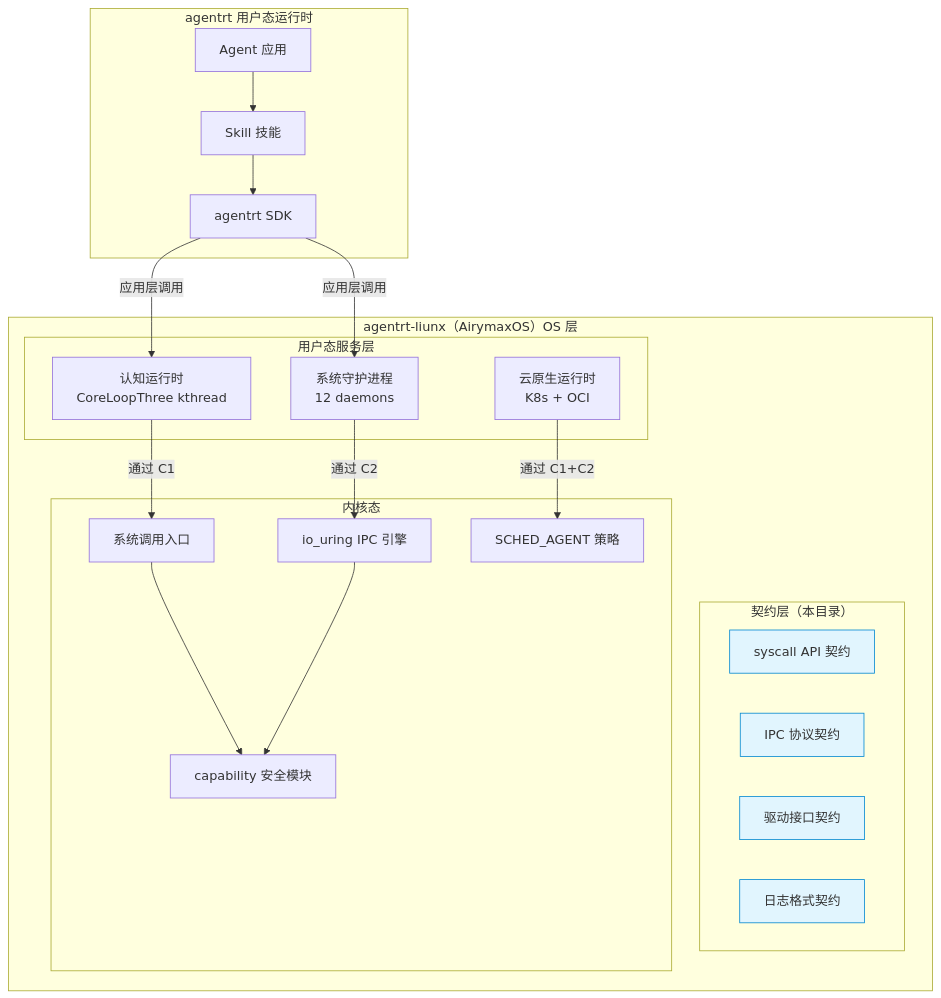
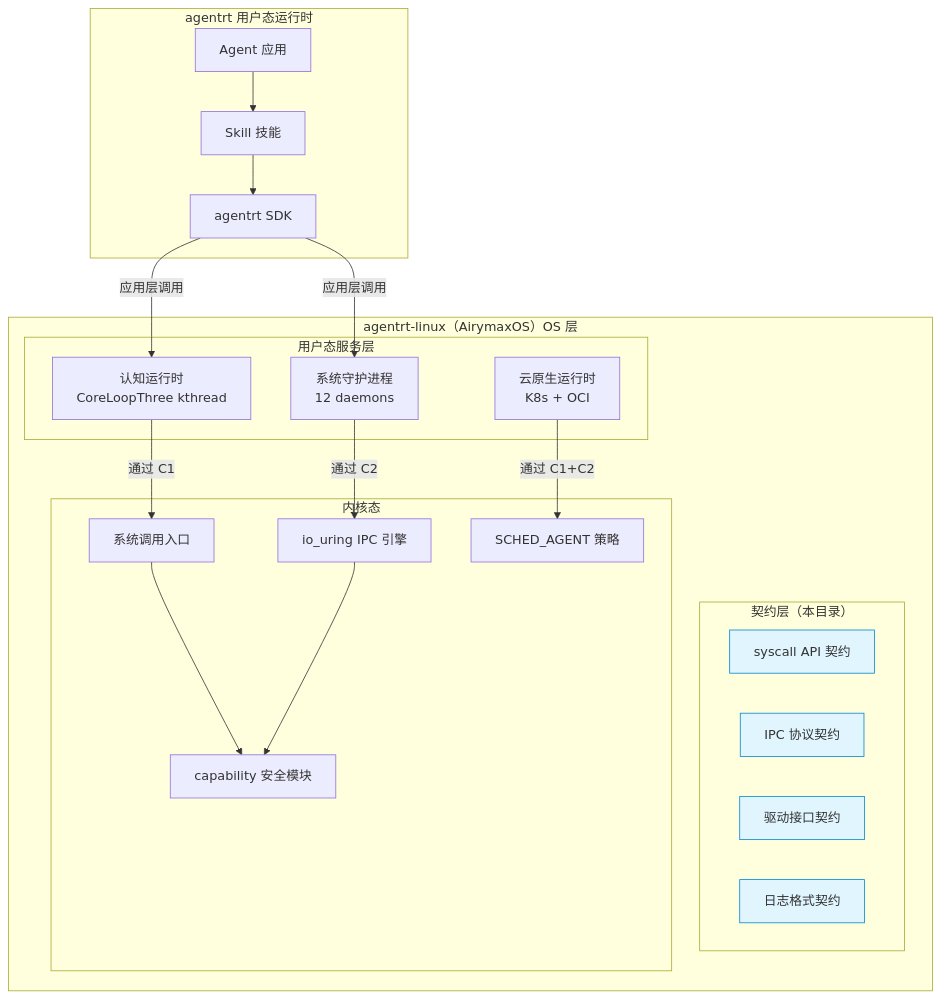
The first of 2 diagrams in AirymaxOS/50-engineering-standards/20-contracts/README.md (SpharxTeam/Docs), drawn with Mermaid before and after one commit. The commit also changed other lines of this file and 132 other files, not shown here.

````diff
--- a/AirymaxOS/50-engineering-standards/20-contracts/README.md
+++ b/AirymaxOS/50-engineering-standards/20-contracts/README.md
@@ -35,42 +35,42 @@
 ```mermaid
 graph TB
     subgraph "agentrt 用户态运行时"
         A1[Agent 应用]
         A2[Skill 技能]
         A3[agentrt SDK]
     end
 
-    subgraph "agentrt-liunx（AirymaxOS）OS 层"
+    subgraph "agentrt-linux（AirymaxOS）OS 层"
         subgraph "用户态服务层"
             B1[认知运行时<br/>CoreLoopThree kthread]
             B2[系统守护进程<br/>12 daemons]
             B3[云原生运行时<br/>K8s + OCI]
         end
         subgraph "契约层（本目录）"
             C1[syscall API 契约]
             C2[IPC 协议契约]
             C3[驱动接口契约]
             C4[日志格式契约]
         end
         subgraph "内核态"
             D1[系统调用入口]
             D2[io_uring IPC 引擎]
             D3[SCHED_AGENT 策略]
             D4[capability 安全模块]
         end
     end
 
     A1 --> A2 --> A3
     A3 -->|"应用层调用"| B1
     A3 -->|"应用层调用"| B2
     B1 -->|"通过 C1"| D1
     B2 -->|"通过 C2"| D2
     B3 -->|"通过 C1+C2"| D3
     D1 --> D4
     D2 --> D4
 
     style C1 fill:#e1f5fe,stroke:#0288d1
     style C2 fill:#e1f5fe,stroke:#0288d1
     style C3 fill:#e1f5fe,stroke:#0288d1
     style C4 fill:#e1f5fe,stroke:#0288d1
 ```
````
